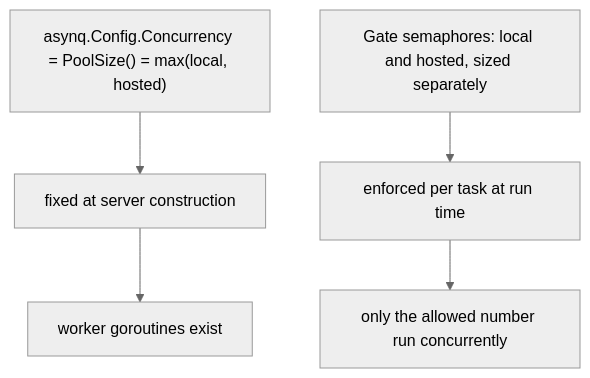
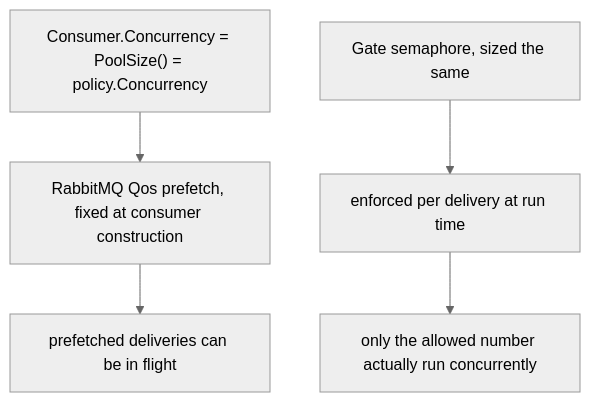
One commit to nonamecat19/job-finder changed the third of 5 diagrams in docs/docs/async/workers-and-queues.md. Above: the diagram before and after it, drawn with Mermaid (neutral theme). The commit also changed other lines of this file and 13 other files, not shown here.

````diff
--- a/docs/docs/async/workers-and-queues.md
+++ b/docs/docs/async/workers-and-queues.md
@@ -98,7 +90,7 @@
 ```mermaid
 flowchart TD
-    A["asynq.Config.Concurrency = PoolSize() = max(local, hosted)"] --> B["fixed at server construction"]
-    C["Gate semaphores: local and hosted, sized separately"] --> D["enforced per task at run time"]
-    B --> E["worker goroutines exist"]
-    D --> F["only the allowed number run concurrently"]
+    A["Consumer.Concurrency = PoolSize() = policy.Concurrency"] --> B["RabbitMQ Qos prefetch, fixed at consumer construction"]
+    C["Gate semaphore, sized the same"] --> D["enforced per delivery at run time"]
+    B --> E["prefetched deliveries can be in flight"]
+    D --> F["only the allowed number actually run concurrently"]
 ```
````
